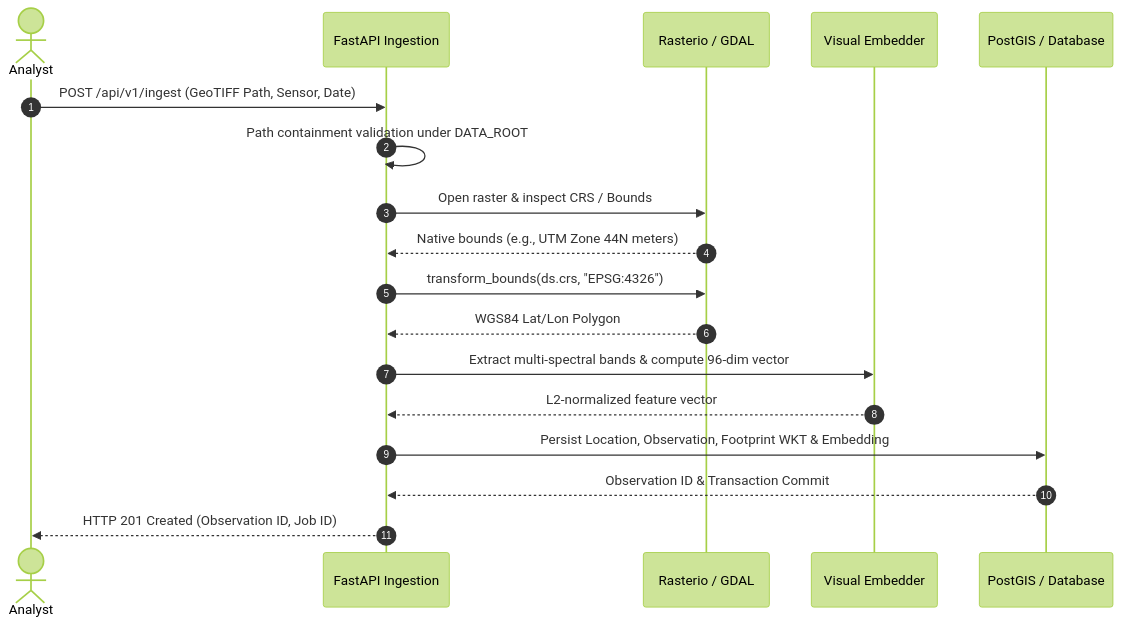
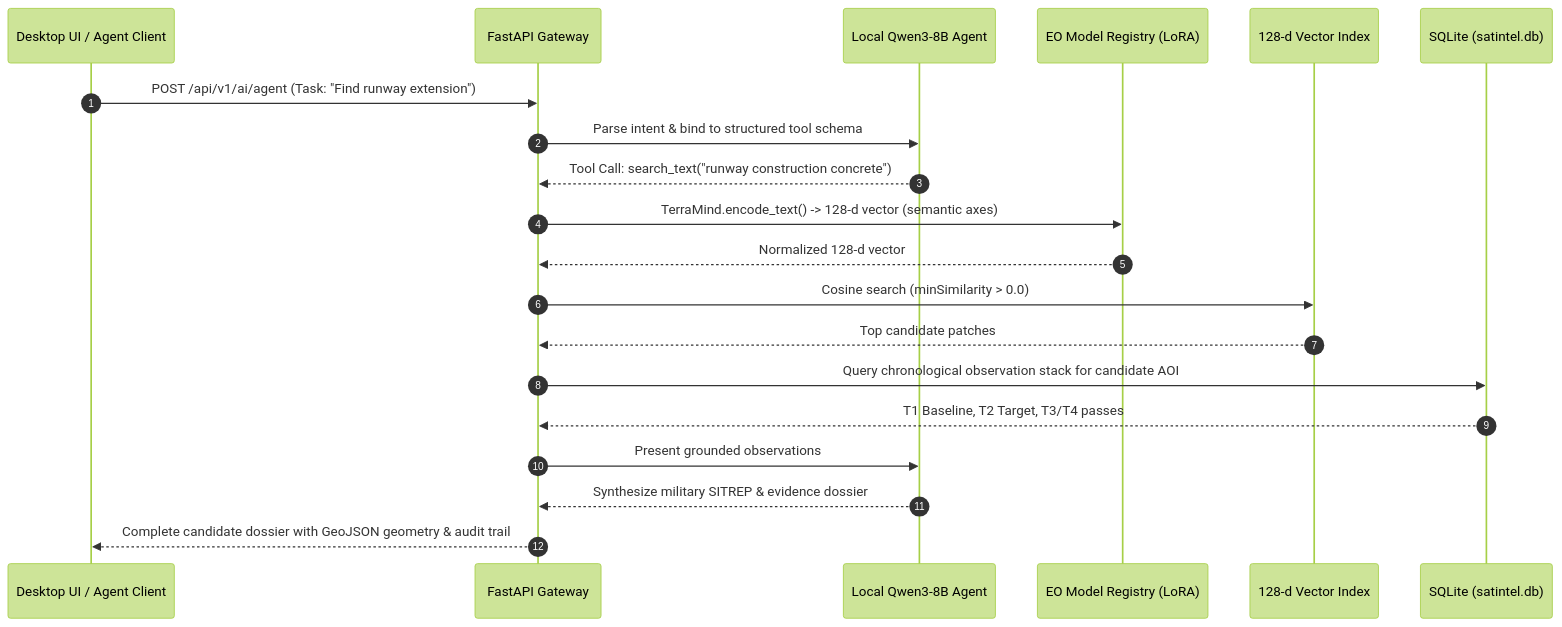
Before and after one commit to ARYANCY/GeoSemanticSat-V2: the second of 2 diagrams in documentation/01_system_architecture.md, drawn with Mermaid (forest theme). The commit also changed other lines of this file and 108 other files, not shown here.

First line of the commit message:
feat(compliance): full UPAGRAHA audit remediation, documentation overhaul, and test validation

````diff
--- a/documentation/01_system_architecture.md
+++ b/documentation/01_system_architecture.md
@@ -82,21 +112,23 @@
 ```mermaid
 sequenceDiagram
     autonumber
-    actor Analyst
-    participant API as FastAPI Ingestion
-    participant GDAL as Rasterio / GDAL
-    participant Embedder as Visual Embedder
-    participant DB as PostGIS / Database
+    participant Client as Desktop UI / Agent Client
+    participant API as FastAPI Gateway
+    participant Orchestrator as Local Qwen3-8B Agent
+    participant Models as EO Model Registry (LoRA)
+    participant FAISS as 128-d Vector Index
+    participant DB as SQLite (satintel.db)
 
-    Analyst->>API: POST /api/v1/ingest (GeoTIFF Path, Sensor, Date)
-    API->>API: Path containment validation under DATA_ROOT
-    API->>GDAL: Open raster & inspect CRS / Bounds
-    GDAL-->>API: Native bounds (e.g., UTM Zone 44N meters)
-    API->>GDAL: transform_bounds(ds.crs, "EPSG:4326")
-    GDAL-->>API: WGS84 Lat/Lon Polygon
-    API->>Embedder: Extract multi-spectral bands & compute 96-dim vector
-    Embedder-->>API: L2-normalized feature vector
-    API->>DB: Persist Location, Observation, Footprint WKT & Embedding
-    DB-->>API: Observation ID & Transaction Commit
-    API-->>Analyst: HTTP 201 Created (Observation ID, Job ID)
+    Client->>API: POST /api/v1/ai/agent (Task: "Find runway extension")
+    API->>Orchestrator: Parse intent & bind to structured tool schema
+    Orchestrator-->>API: Tool Call: search_text("runway construction concrete")
+    API->>Models: TerraMind.encode_text() -> 128-d vector (semantic axes)
+    Models-->>API: Normalized 128-d vector
+    API->>FAISS: Cosine search (minSimilarity > 0.0)
+    FAISS-->>API: Top candidate patches
+    API->>DB: Query chronological observation stack for candidate AOI
+    DB-->>API: T1 Baseline, T2 Target, T3/T4 passes
+    API->>Orchestrator: Present grounded observations
+    Orchestrator-->>API: Synthesize military SITREP & evidence dossier
+    API-->>Client: Complete candidate dossier with GeoJSON geometry & audit trail
 ```
````
